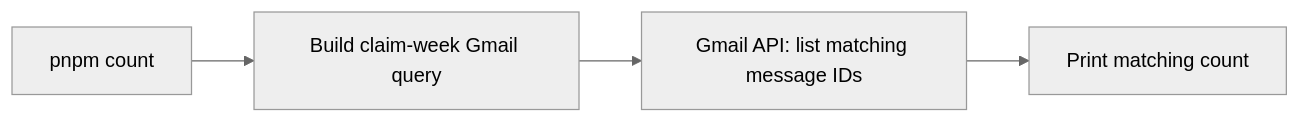
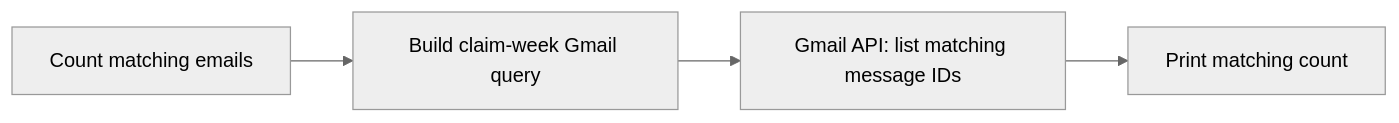
One commit to idahotallpaul/work-search-reporter changed the second of 5 diagrams in README.md. Above: the diagram before and after it, drawn with Mermaid (neutral theme). The commit also changed other lines of this file and 5 other files, not shown here.

````diff
--- a/README.md
+++ b/README.md
@@ -58,6 +53,6 @@
 ```mermaid
 flowchart LR
-  A["pnpm count"] --> B["Build claim-week Gmail query"]
+  A["Count matching emails"] --> B["Build claim-week Gmail query"]
   B --> C["Gmail API: list matching message IDs"]
   C --> D["Print matching count"]
 ```
````
